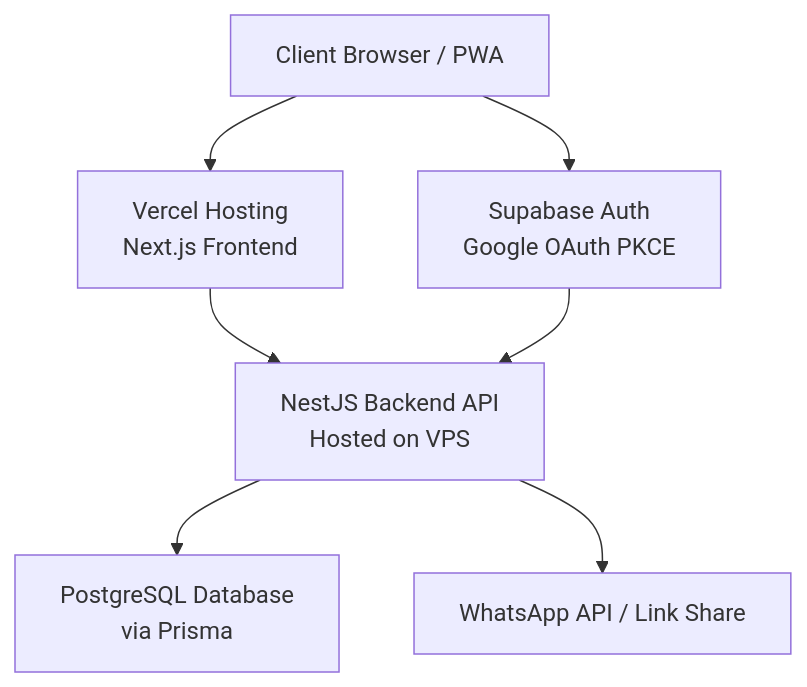
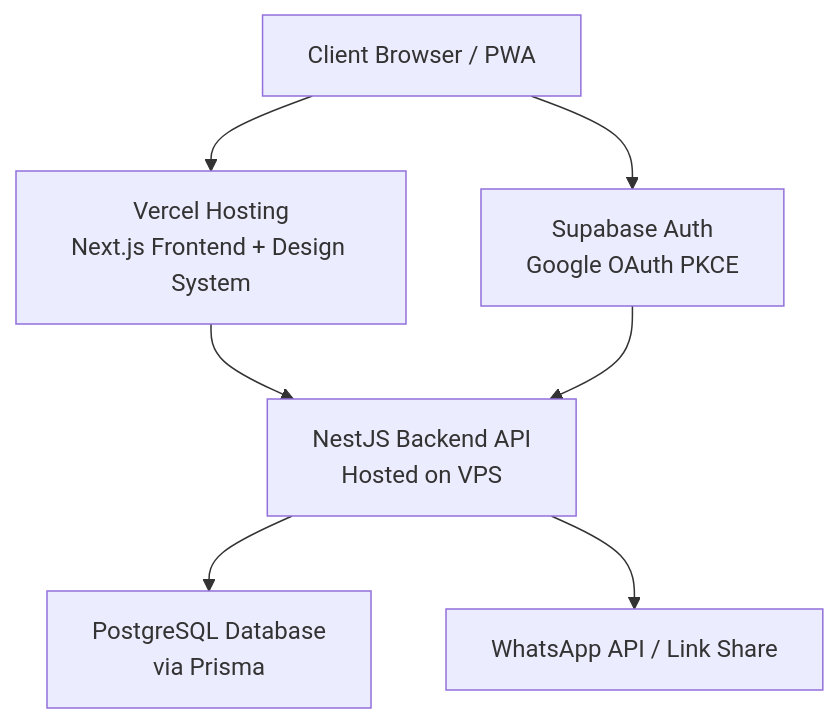
The second of 8 diagrams in .qoder/repowiki/en/content/Technical Architecture/Technical Architecture.md (epo33m/scheduling), drawn with Mermaid before and after one commit. The commit also changed other lines of this file and 28 other files, not shown here.

````diff
--- a/.qoder/repowiki/en/content/Technical Architecture/Technical Architecture.md
+++ b/.qoder/repowiki/en/content/Technical Architecture/Technical Architecture.md
@@ -82,15 +96,15 @@
 ```mermaid
 graph TB
 Client["Client Browser / PWA"]
-Vercel["Vercel Hosting<br/>Next.js Frontend"]
+Vercel["Vercel Hosting<br/>Next.js Frontend + Design System"]
 NestJS["NestJS Backend API<br/>Hosted on VPS"]
 SupabaseAuth["Supabase Auth<br/>Google OAuth PKCE"]
 PostgreSQL["PostgreSQL Database<br/>via Prisma"]
 WhatsApp["WhatsApp API / Link Share"]
 Client --> Vercel
 Vercel --> NestJS
 Client --> SupabaseAuth
 SupabaseAuth --> NestJS
 NestJS --> PostgreSQL
 NestJS --> WhatsApp
 ```
````
